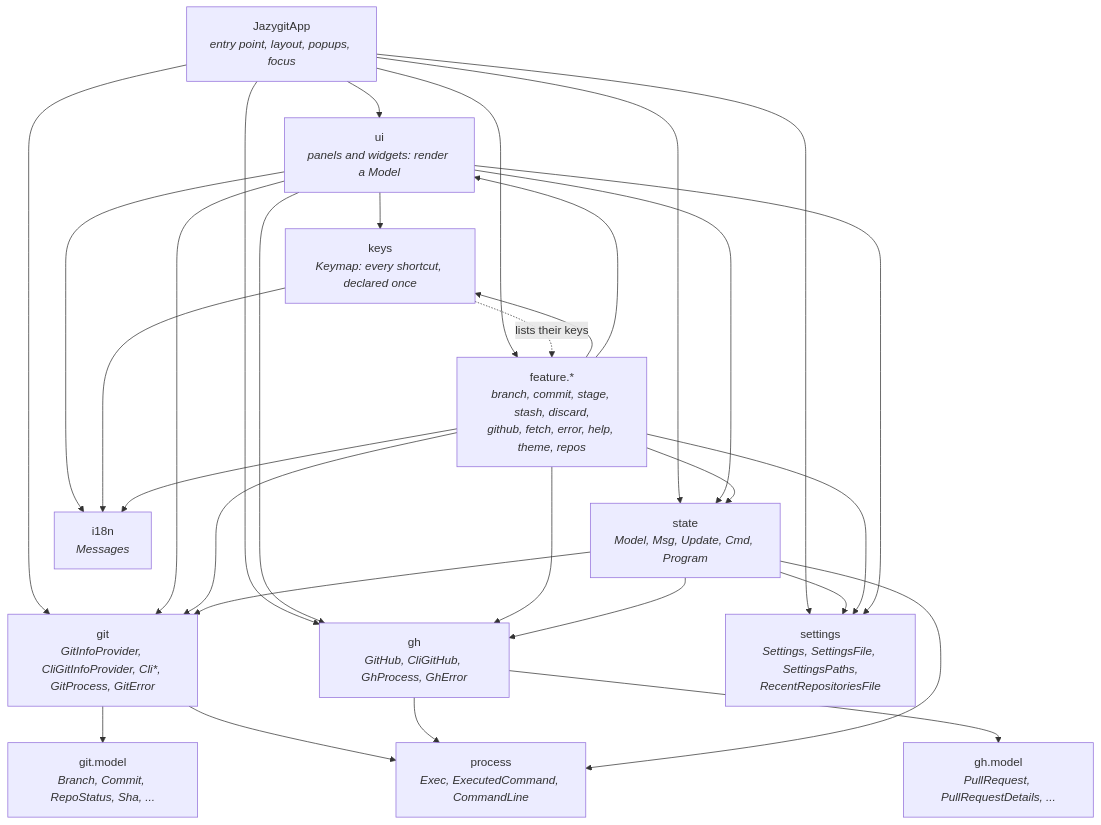
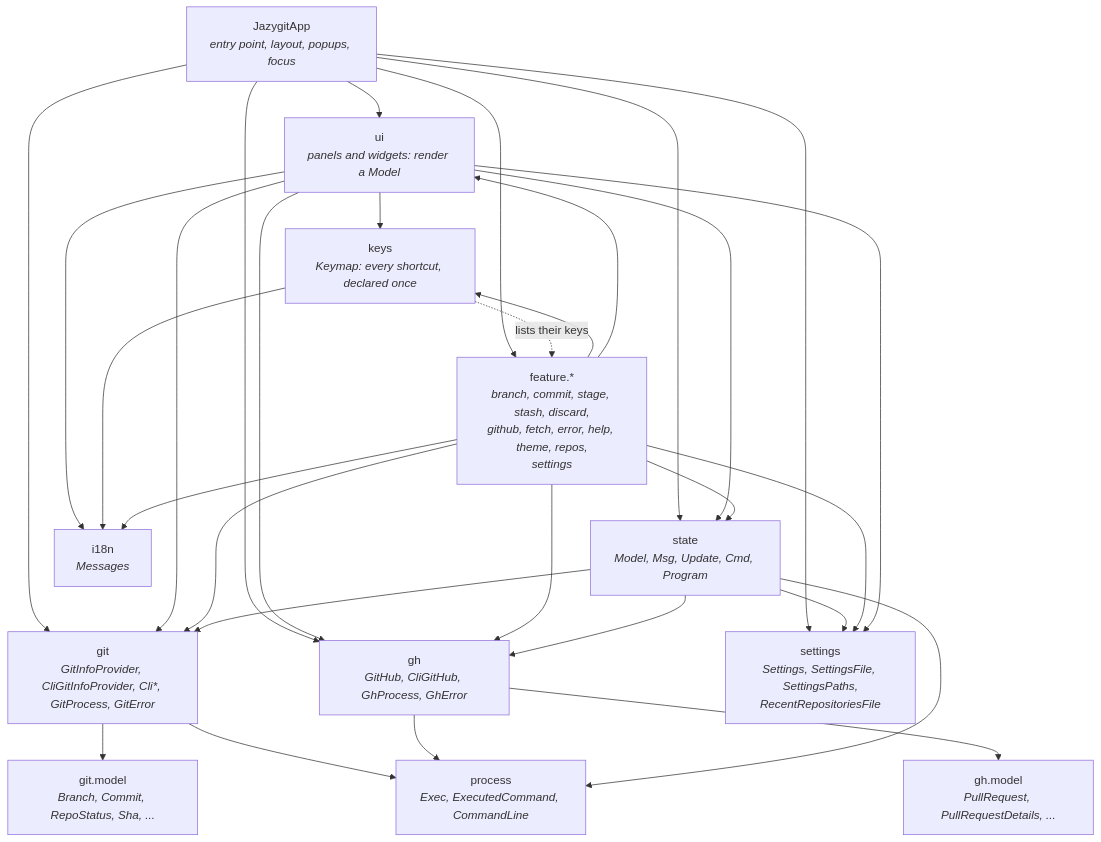
One commit to cvanfleteren/jazygit changed the first of 7 diagrams in ARCHITECTURE.md. Above: the diagram before and after it, drawn with Mermaid. The commit also changed other lines of this file and 21 other files, not shown here.

````diff
--- a/ARCHITECTURE.md
+++ b/ARCHITECTURE.md
@@ -17,45 +17,45 @@
 ```mermaid
 graph TD
     App["JazygitApp<br/><i>entry point, layout, popups, focus</i>"]
     UI["ui<br/><i>panels and widgets: render a Model</i>"]
     Keys["keys<br/><i>Keymap: every shortcut, declared once</i>"]
-    Feature["feature.*<br/><i>branch, commit, stage, stash, discard,<br/>github, fetch, error, help, theme, repos</i>"]
+    Feature["feature.*<br/><i>branch, commit, stage, stash, discard,<br/>github, fetch, error, help, theme, repos,<br/>settings</i>"]
     State["state<br/><i>Model, Msg, Update, Cmd, Program</i>"]
     Git["git<br/><i>GitInfoProvider, CliGitInfoProvider, Cli*, GitProcess, GitError</i>"]
     GitModel["git.model<br/><i>Branch, Commit, RepoStatus, Sha, ...</i>"]
     Gh["gh<br/><i>GitHub, CliGitHub, GhProcess, GhError</i>"]
     GhModel["gh.model<br/><i>PullRequest, PullRequestDetails, ...</i>"]
     Process["process<br/><i>Exec, ExecutedCommand, CommandLine</i>"]
     I18n["i18n<br/><i>Messages</i>"]
     Settings["settings<br/><i>Settings, SettingsFile, SettingsPaths,<br/>RecentRepositoriesFile</i>"]
 
     App --> UI
     App --> State
     App --> Feature
     App --> Git
     App --> Gh
     UI --> Keys
     UI --> State
     UI --> Git
     UI --> Gh
     Keys -. "lists their keys" .-> Feature
     Feature --> Keys
     Feature --> UI
     Feature --> State
     Feature --> Git
     State --> Git
     Git --> GitModel
     Feature --> Gh
     State --> Gh
     Gh --> GhModel
     Git --> Process
     Gh --> Process
     State --> Process
     UI --> I18n
     App --> Settings
     State --> Settings
     Feature --> Settings
     UI --> Settings
     Keys --> I18n
     Feature --> I18n
 ```
````
